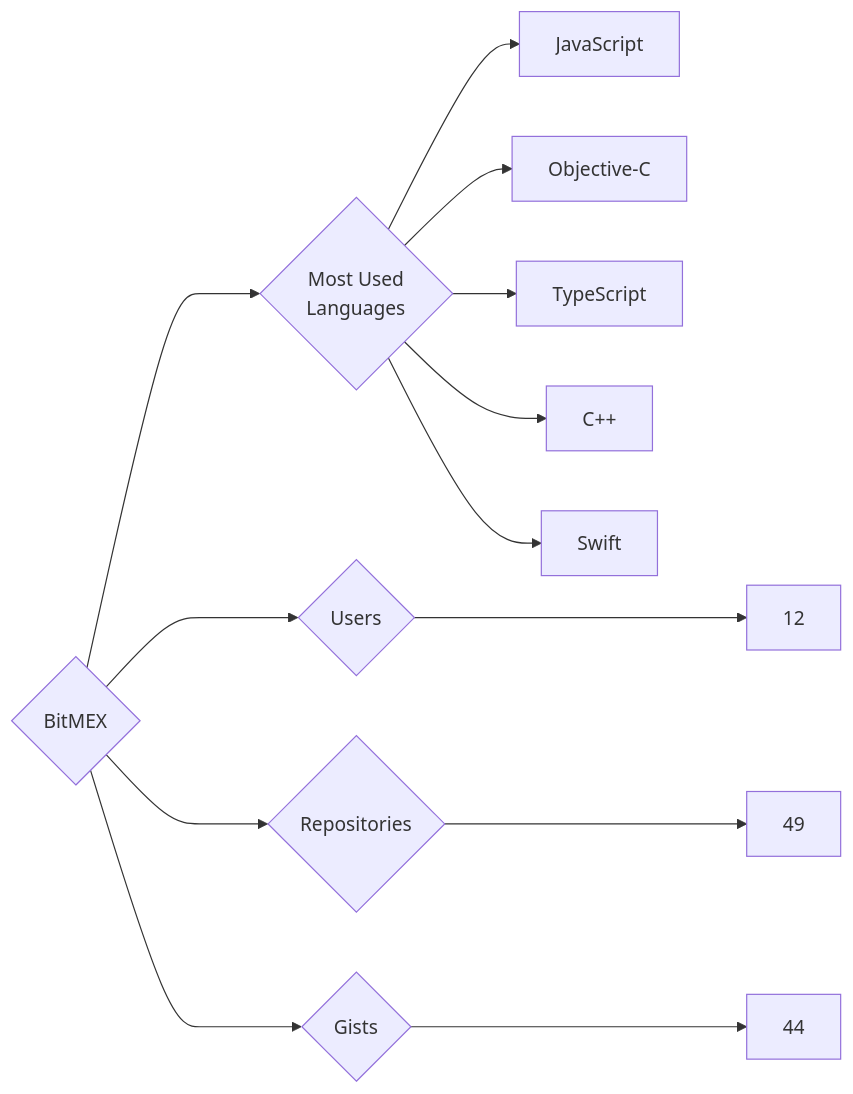
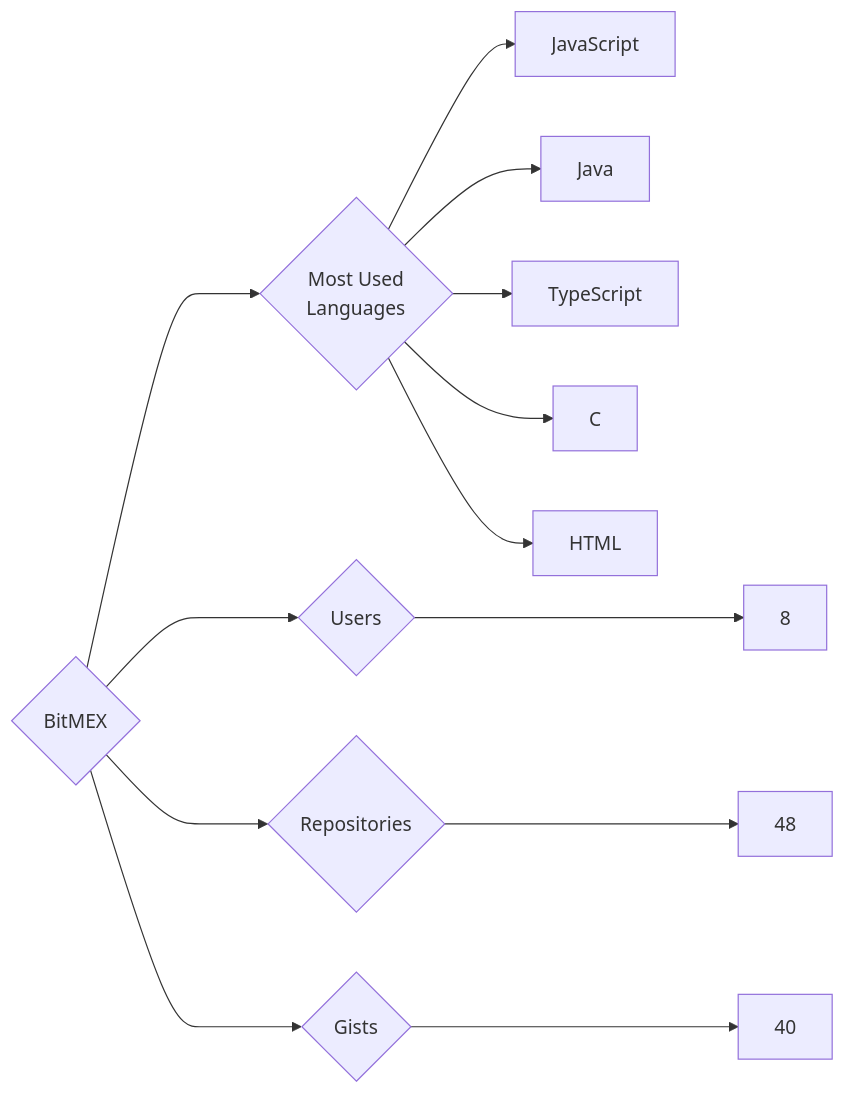
Before and after one commit to trickest/insiders: the diagram in targets/BitMEX/README.md, drawn with Mermaid. The commit also changed 925 other files, not shown here.

````diff
--- a/targets/BitMEX/README.md
+++ b/targets/BitMEX/README.md
@@ -3,13 +3,13 @@
 ```mermaid
 graph LR
 COMPANY_NAME{BitMEX}
-COMPANY_NAME ---> U{Users} ---> UN[12]
-COMPANY_NAME ---> R{Repositories} ---> RN[49]
-COMPANY_NAME ---> G{Gists} ---> GN[44]
+COMPANY_NAME ---> U{Users} ---> UN[8]
+COMPANY_NAME ---> R{Repositories} ---> RN[48]
+COMPANY_NAME ---> G{Gists} ---> GN[40]
 COMPANY_NAME ---> ML{Most Used<br>Languages}
 ML --> JavaScript[JavaScript]
-ML --> Objective-C[Objective-C]
+ML --> Java[Java]
 ML --> TypeScript[TypeScript]
-ML --> C++[C++]
-ML --> Swift[Swift]
+ML --> C[C]
+ML --> HTML[HTML]
 ```
````
